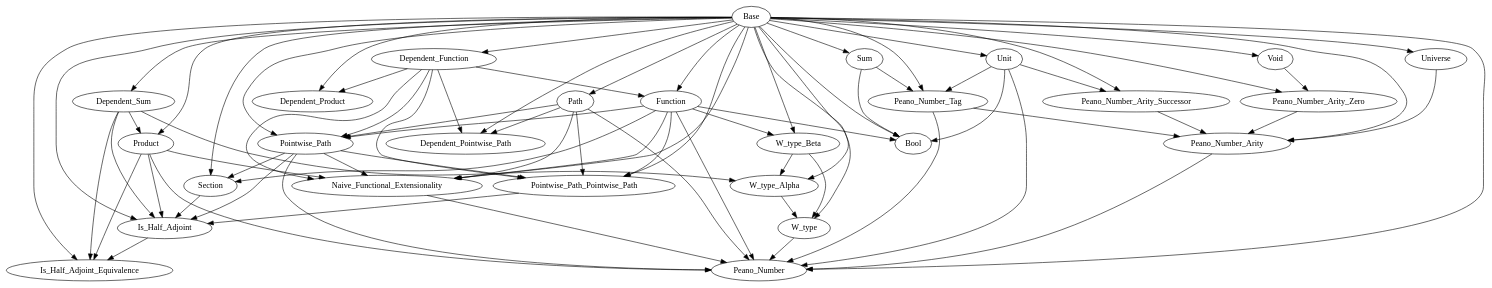
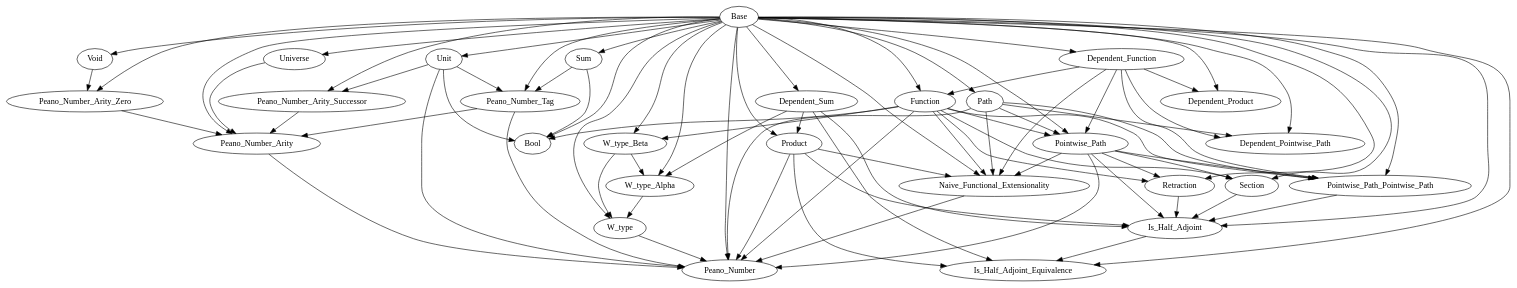
Before and after one commit to Hexirp/googology-in-coq: the diagram in libraries/dependencies.gv, drawn with Graphviz. The commit also changed 4 other files, not shown here.

```diff
--- a/libraries/dependencies.gv
+++ b/libraries/dependencies.gv
@@ -1,107 +1,112 @@
 digraph Dependencies {
   # Base
   # Dependent_Function
   "Base" -> "Dependent_Function";
   # Function
   "Base" -> "Function";
   "Dependent_Function" -> "Function";
   # Dependent_Product
   "Base" -> "Dependent_Product";
   "Dependent_Function" -> "Dependent_Product";
   # Dependent_Sum
   "Base" -> "Dependent_Sum";
   # Product
   "Base" -> "Product";
   "Dependent_Sum" -> "Product";
   # Sum
   "Base" -> "Sum";
   # Unit
   "Base" -> "Unit";
   # Void
   "Base" -> "Void";
   # W_type_Beta
   "Base" -> "W_type_Beta";
   "Function" -> "W_type_Beta";
   # W_type_Alpha
   "Base" -> "W_type_Alpha";
   "Dependent_Sum" -> "W_type_Alpha";
   "W_type_Beta" -> "W_type_Alpha";
   # W_type
   "Base" -> "W_type";
   "W_type_Alpha" -> "W_type";
   "W_type_Beta" -> "W_type";
   # Universe
   "Base" -> "Universe";
   # Path
   "Base" -> "Path";
   # Dependent_Pointwise_Path
   "Base" -> "Dependent_Pointwise_Path";
   "Dependent_Function" -> "Dependent_Pointwise_Path";
   "Path" -> "Dependent_Pointwise_Path";
   # Pointwise_Path
   "Base" -> "Pointwise_Path";
   "Dependent_Function" -> "Pointwise_Path";
   "Function" -> "Pointwise_Path";
   "Path" -> "Pointwise_Path";
   # Pointwise_Path_Pointwise_Path
   "Base" -> "Pointwise_Path_Pointwise_Path";
   "Dependent_Function" -> "Pointwise_Path_Pointwise_Path";
   "Function" -> "Pointwise_Path_Pointwise_Path";
   "Path" -> "Pointwise_Path_Pointwise_Path";
   "Pointwise_Path" -> "Pointwise_Path_Pointwise_Path";
   # Section
   "Base" -> "Section";
   "Function" -> "Section";
   "Pointwise_Path" -> "Section";
+  # Retraction
+  "Base" -> "Retraction";
+  "Function" -> "Retraction";
+  "Pointwise_Path" -> "Retraction";
   # Is_Half_Adjoint
   "Base" -> "Is_Half_Adjoint";
   "Dependent_Sum" -> "Is_Half_Adjoint";
   "Product" -> "Is_Half_Adjoint";
   "Pointwise_Path" -> "Is_Half_Adjoint";
   "Pointwise_Path_Pointwise_Path" -> "Is_Half_Adjoint";
   "Section" -> "Is_Half_Adjoint";
+  "Retraction" -> "Is_Half_Adjoint";
   # Is_Half_Adjoint_Equivalence
   "Base" -> "Is_Half_Adjoint_Equivalence";
   "Dependent_Sum" -> "Is_Half_Adjoint_Equivalence";
   "Product" -> "Is_Half_Adjoint_Equivalence";
   "Is_Half_Adjoint" -> "Is_Half_Adjoint_Equivalence";
   # Naive_Functional_Extensionality
   "Base" -> "Naive_Functional_Extensionality";
   "Dependent_Function" -> "Naive_Functional_Extensionality";
   "Function" -> "Naive_Functional_Extensionality";
   "Product" -> "Naive_Functional_Extensionality";
   "Path" -> "Naive_Functional_Extensionality";
   "Pointwise_Path" -> "Naive_Functional_Extensionality";
   # Bool
   "Base" -> "Bool";
   "Function" -> "Bool";
   "Sum" -> "Bool";
   "Unit" -> "Bool";
   # Peano_Number_Tag
   "Base" -> "Peano_Number_Tag";
   "Sum" -> "Peano_Number_Tag";
   "Unit" -> "Peano_Number_Tag";
   # Peano_Number_Arity_Zero
   "Base" -> "Peano_Number_Arity_Zero";
   "Void" -> "Peano_Number_Arity_Zero";
   # Peano_Number_Arity_Successor
   "Base" -> "Peano_Number_Arity_Successor";
   "Unit" -> "Peano_Number_Arity_Successor";
   # Peano_Number_Arity
   "Base" -> "Peano_Number_Arity";
   "Universe" -> "Peano_Number_Arity";
   "Peano_Number_Tag" -> "Peano_Number_Arity";
   "Peano_Number_Arity_Zero" -> "Peano_Number_Arity";
   "Peano_Number_Arity_Successor" -> "Peano_Number_Arity";
   # Peano_Number
   "Base" -> "Peano_Number";
   "Function" -> "Peano_Number";
   "Product" -> "Peano_Number";
   "Unit" -> "Peano_Number";
   "W_type" -> "Peano_Number";
   "Path" -> "Peano_Number";
   "Pointwise_Path" -> "Peano_Number";
   "Naive_Functional_Extensionality" -> "Peano_Number";
   "Peano_Number_Tag" -> "Peano_Number";
   "Peano_Number_Arity" -> "Peano_Number";
 }
```
